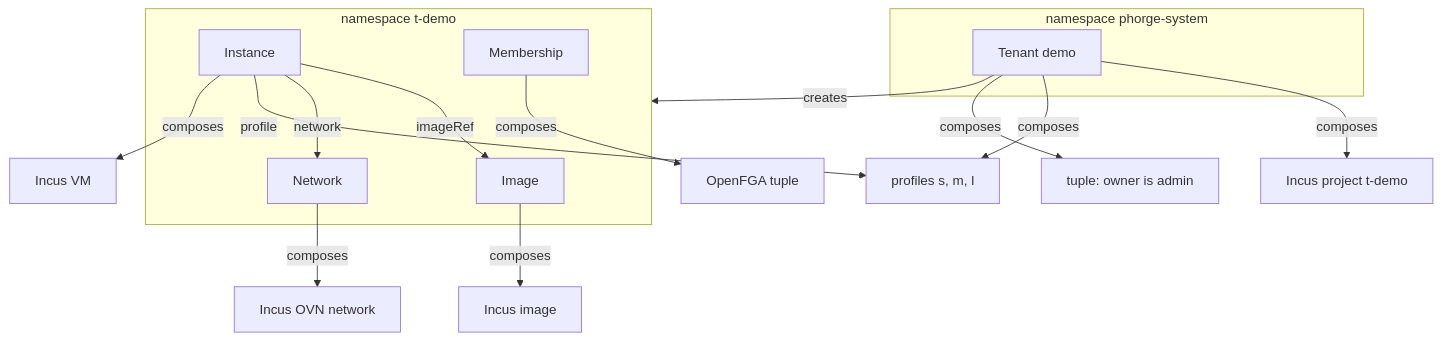
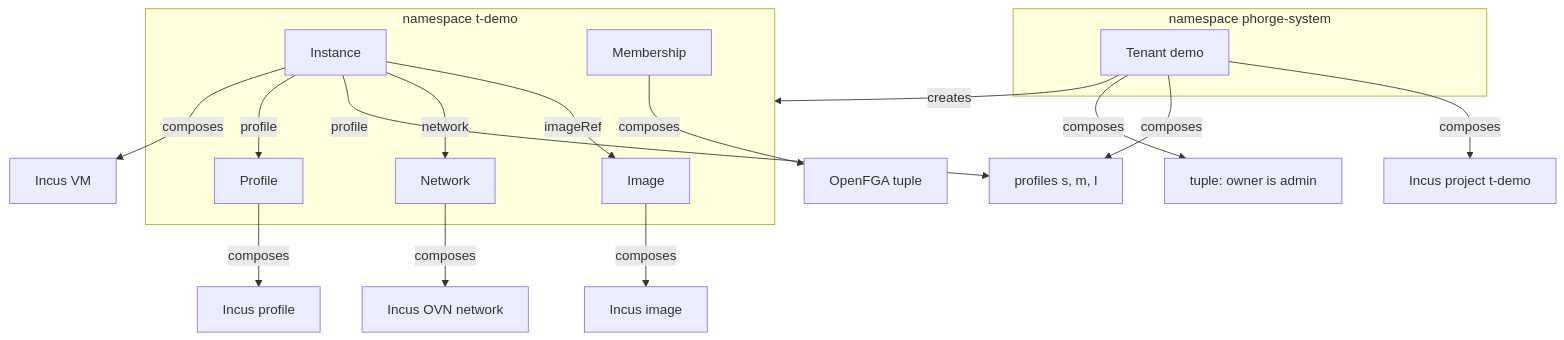
One commit to phorge-fr/Hangar changed the diagram in docs/reference/phorge-api-kinds.md. Above: the diagram before and after it, drawn with Mermaid. The commit also changed other lines of this file and 16 other files, not shown here.

````diff
--- a/docs/reference/phorge-api-kinds.md
+++ b/docs/reference/phorge-api-kinds.md
@@ -23,23 +23,26 @@
 ```mermaid
 flowchart TB
     subgraph sys["namespace phorge-system"]
         tenant["Tenant demo"]
     end
     subgraph ns["namespace t-demo"]
         image["Image"]
         network["Network"]
+        uprofile["Profile"]
         instance["Instance"]
         member["Membership"]
     end
     tenant -->|creates| ns
     tenant -->|composes| project["Incus project t-demo"]
     tenant -->|composes| profiles["profiles s, m, l"]
     tenant -->|composes| owner["tuple: owner is admin"]
     image -->|composes| iimg["Incus image"]
     network -->|composes| inet["Incus OVN network"]
+    uprofile -->|composes| iprofile["Incus profile"]
     instance -->|imageRef| image
     instance -->|network| network
     instance -->|profile| profiles
+    instance -->|profile| uprofile
     instance -->|composes| ivm["Incus VM"]
     member -->|composes| tuple["OpenFGA tuple"]
 ```
````
